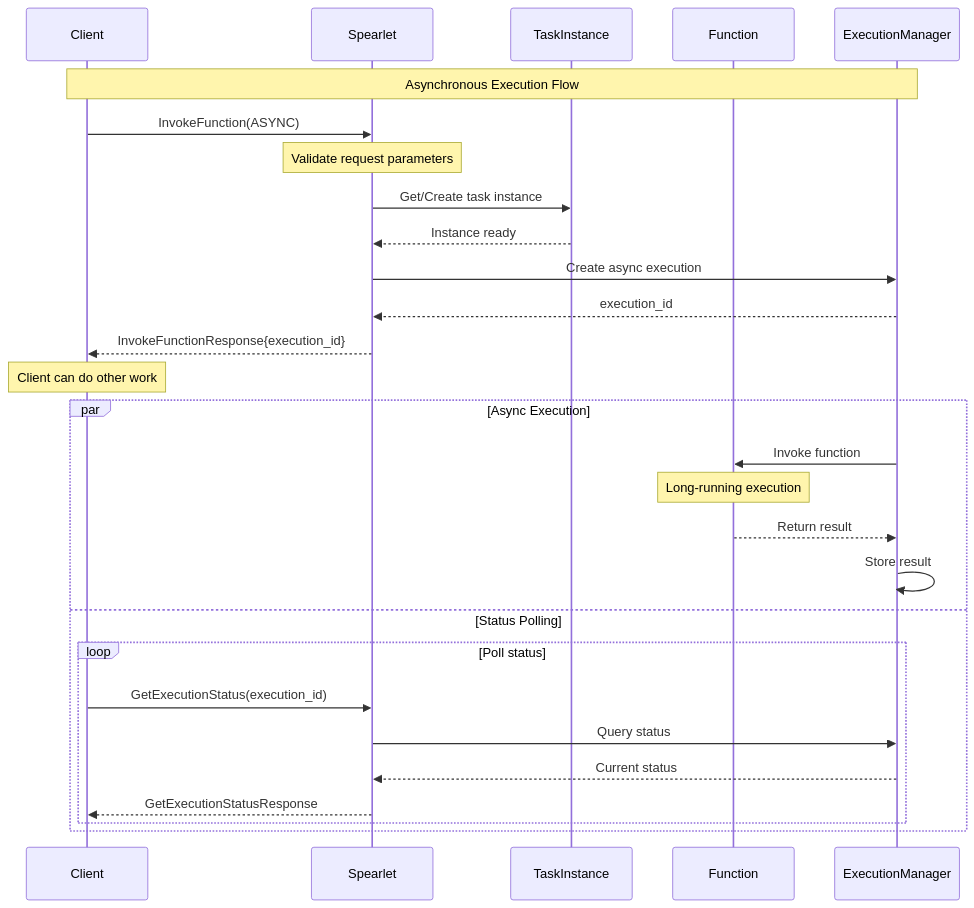
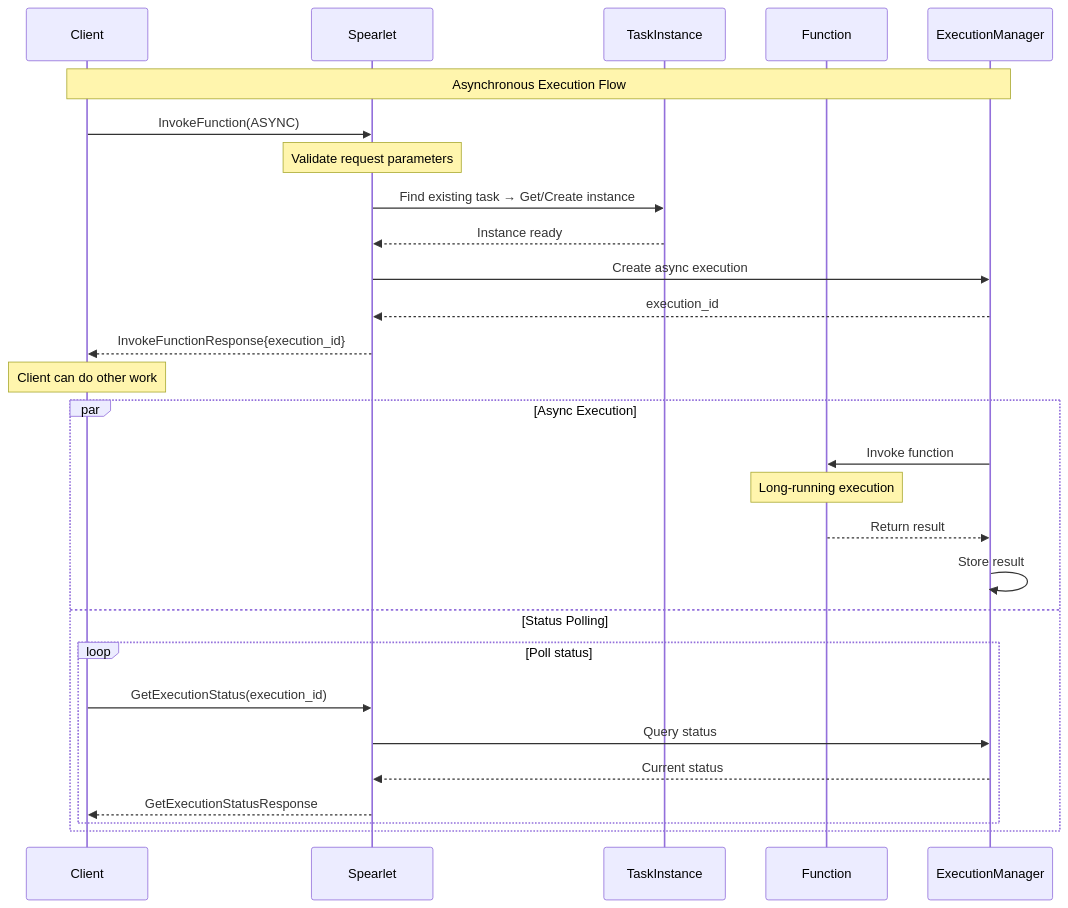
The second of 2 diagrams in spear-next/ai-docs/sync-async-invocation-comparison-en.md (lfedgeai/SPEAR), drawn with Mermaid before and after one commit. The commit also changed other lines of this file and 46 other files, not shown here.

First line of the commit message:
update task create logic (#60)

````diff
--- a/spear-next/ai-docs/sync-async-invocation-comparison-en.md
+++ b/spear-next/ai-docs/sync-async-invocation-comparison-en.md
@@ -135,37 +137,37 @@
 ```mermaid
 sequenceDiagram
     participant Client
     participant Spearlet
     participant TaskInstance
     participant Function
     participant ExecutionManager
 
     Note over Client,ExecutionManager: Asynchronous Execution Flow
     
     Client->>Spearlet: InvokeFunction(ASYNC)
     Note over Spearlet: Validate request parameters
     
-    Spearlet->>TaskInstance: Get/Create task instance
+    Spearlet->>TaskInstance: Find existing task → Get/Create instance
     TaskInstance-->>Spearlet: Instance ready
     
     Spearlet->>ExecutionManager: Create async execution
     ExecutionManager-->>Spearlet: execution_id
     
     Spearlet-->>Client: InvokeFunctionResponse{execution_id}
     
     Note over Client: Client can do other work
     
     par Async Execution
         ExecutionManager->>Function: Invoke function
         Note over Function: Long-running execution
         Function-->>ExecutionManager: Return result
         ExecutionManager->>ExecutionManager: Store result
     and Status Polling
         loop Poll status
             Client->>Spearlet: GetExecutionStatus(execution_id)
             Spearlet->>ExecutionManager: Query status
             ExecutionManager-->>Spearlet: Current status
             Spearlet-->>Client: GetExecutionStatusResponse
         end
     end
 ```
````
